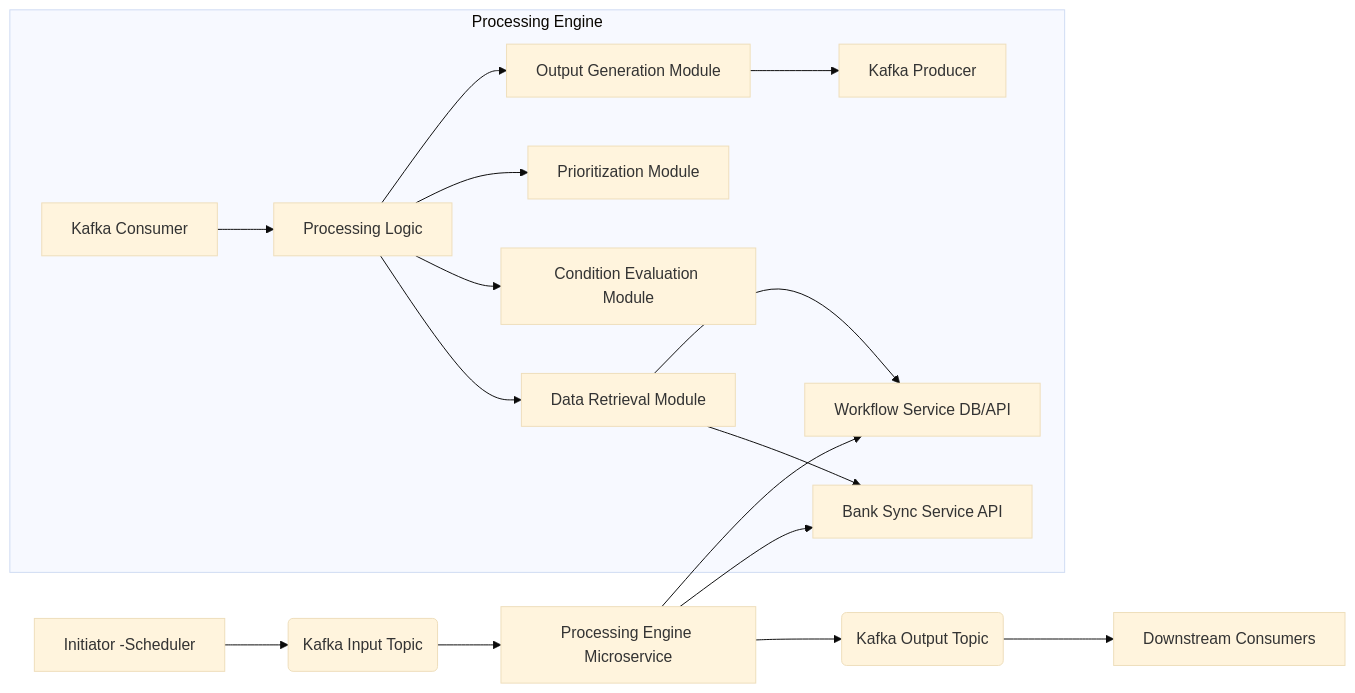
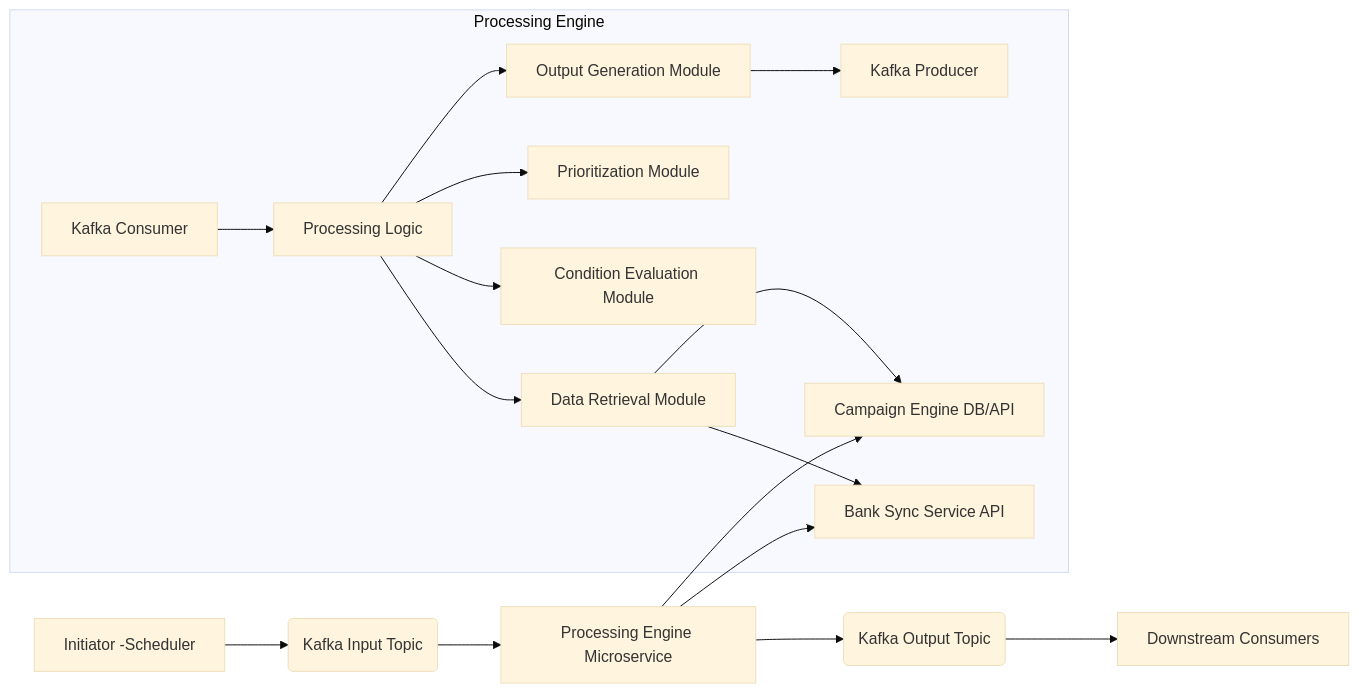
One commit to ducduy2612/CollectionCRM changed the diagram in docs/collection-campaign-design.md. Above: the diagram before and after it, drawn with Mermaid (base theme). The commit also changed other lines of this file and 28 other files, not shown here.

Commit message:
campaign-engine backend implementation

````diff
--- a/docs/collection-campaign-design.md
+++ b/docs/collection-campaign-design.md
@@ -116,28 +126,28 @@
 ```mermaid
 graph LR
     A[Initiator -Scheduler] --> B(Kafka Input Topic);
     B --> C[Processing Engine Microservice];
     C --> D[Bank Sync Service API];
-    C --> E[Workflow Service DB/API];
+    C --> E[Campaign Engine DB/API];
     C --> F(Kafka Output Topic);
     F --> G[Downstream Consumers];
 
     subgraph Processing Engine
         C1[Kafka Consumer]
         C2[Processing Logic]
         C3[Data Retrieval Module]
         C4[Condition Evaluation Module]
         C5[Prioritization Module]
         C6[Output Generation Module]
         C7[Kafka Producer]
 
         C1 --> C2;
         C2 --> C3;
         C2 --> C4;
         C2 --> C5;
         C2 --> C6;
         C6 --> C7;
         C3 --> D;
         C3 --> E;
     end
 ```
````
